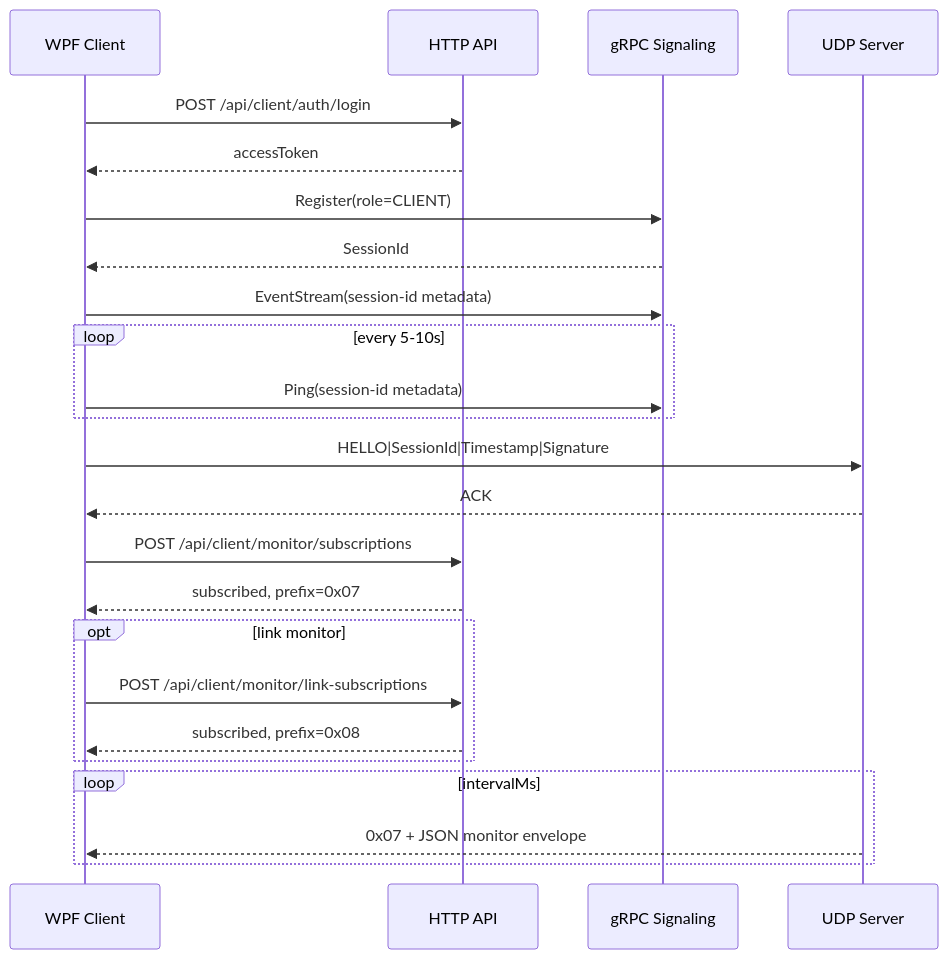
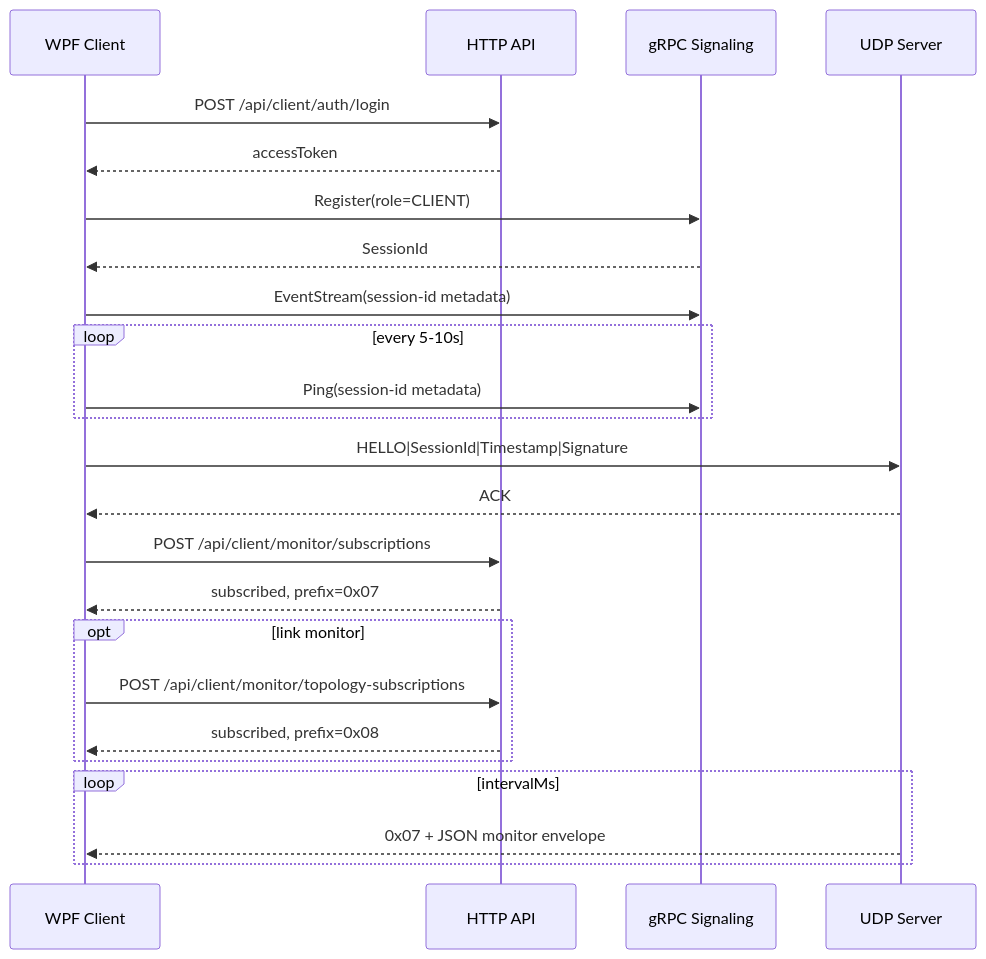
One commit to HuaSanly/GrpcHttp3Demo changed the diagram in Readme/WPF_GRPC_CLIENT_GUIDE.md. Above: the diagram before and after it, drawn with Mermaid. The commit also changed other lines of this file and 11 other files, not shown here.

````diff
--- a/Readme/WPF_GRPC_CLIENT_GUIDE.md
+++ b/Readme/WPF_GRPC_CLIENT_GUIDE.md
@@ -125,27 +125,27 @@
 ```mermaid
 sequenceDiagram
     participant WPF as WPF Client
     participant H as HTTP API
     participant G as gRPC Signaling
     participant U as UDP Server
 
     WPF->>H: POST /api/client/auth/login
     H-->>WPF: accessToken
     WPF->>G: Register(role=CLIENT)
     G-->>WPF: SessionId
     WPF->>G: EventStream(session-id metadata)
     loop every 5-10s
         WPF->>G: Ping(session-id metadata)
     end
     WPF->>U: HELLO|SessionId|Timestamp|Signature
     U-->>WPF: ACK
     WPF->>H: POST /api/client/monitor/subscriptions
     H-->>WPF: subscribed, prefix=0x07
     opt link monitor
-      WPF->>H: POST /api/client/monitor/link-subscriptions
+      WPF->>H: POST /api/client/monitor/topology-subscriptions
       H-->>WPF: subscribed, prefix=0x08
     end
     loop intervalMs
         U-->>WPF: 0x07 + JSON monitor envelope
     end
 ```
````
